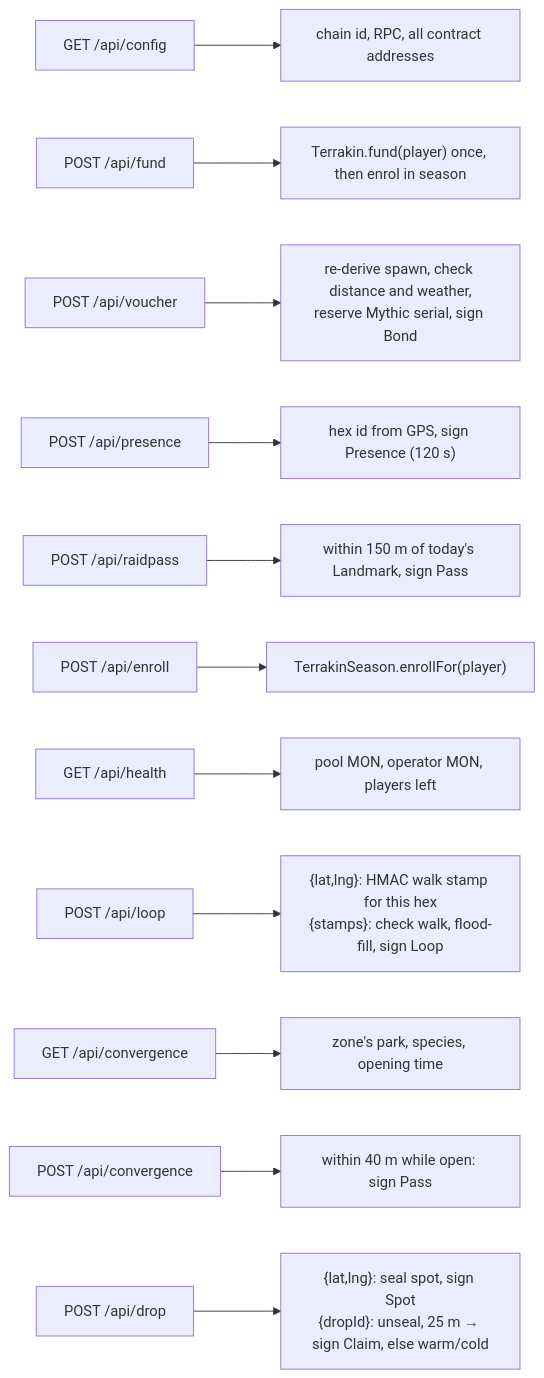
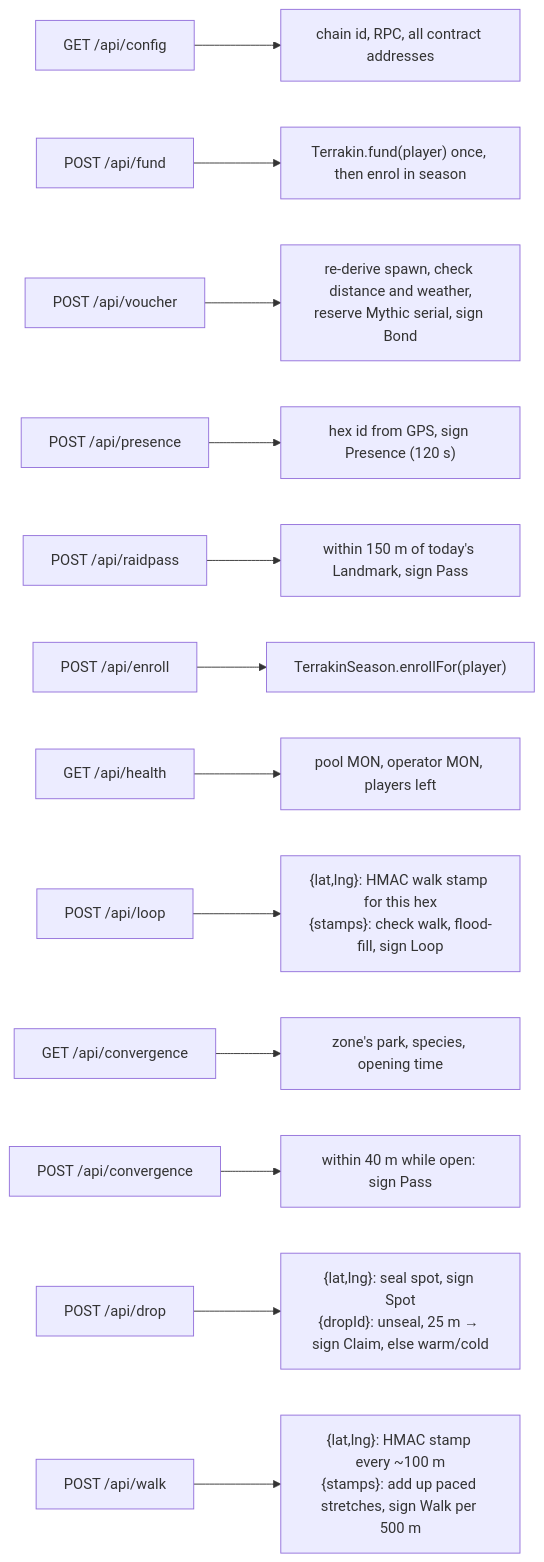
The fifth of 54 diagrams in README.md (Srizdebnath/terrakin), drawn with Mermaid before and after one commit. The commit also changed other lines of this file and 25 other files, not shown here.

````diff
--- a/README.md
+++ b/README.md
@@ -230,14 +237,15 @@
 ```mermaid
 flowchart LR
   A["GET /api/config"] --> A1["chain id, RPC, all contract addresses"]
   B["POST /api/fund"] --> B1["Terrakin.fund(player) once, then enrol in season"]
   C["POST /api/voucher"] --> C1["re-derive spawn, check distance and weather,<br/>reserve Mythic serial, sign Bond"]
   D["POST /api/presence"] --> D1["hex id from GPS, sign Presence (120 s)"]
   E["POST /api/raidpass"] --> E1["within 150 m of today's Landmark, sign Pass"]
   F["POST /api/enroll"] --> F1["TerrakinSeason.enrollFor(player)"]
   G["GET /api/health"] --> G1["pool MON, operator MON, players left"]
   H["POST /api/loop"] --> H1["{lat,lng}: HMAC walk stamp for this hex<br/>{stamps}: check walk, flood-fill, sign Loop"]
   I["GET /api/convergence"] --> I1["zone's park, species, opening time"]
   J["POST /api/convergence"] --> J1["within 40 m while open: sign Pass"]
   K["POST /api/drop"] --> K1["{lat,lng}: seal spot, sign Spot<br/>{dropId}: unseal, 25 m → sign Claim, else warm/cold"]
+  L["POST /api/walk"] --> L1["{lat,lng}: HMAC stamp every ~100 m<br/>{stamps}: add up paced stretches, sign Walk per 500 m"]
 ```
````
